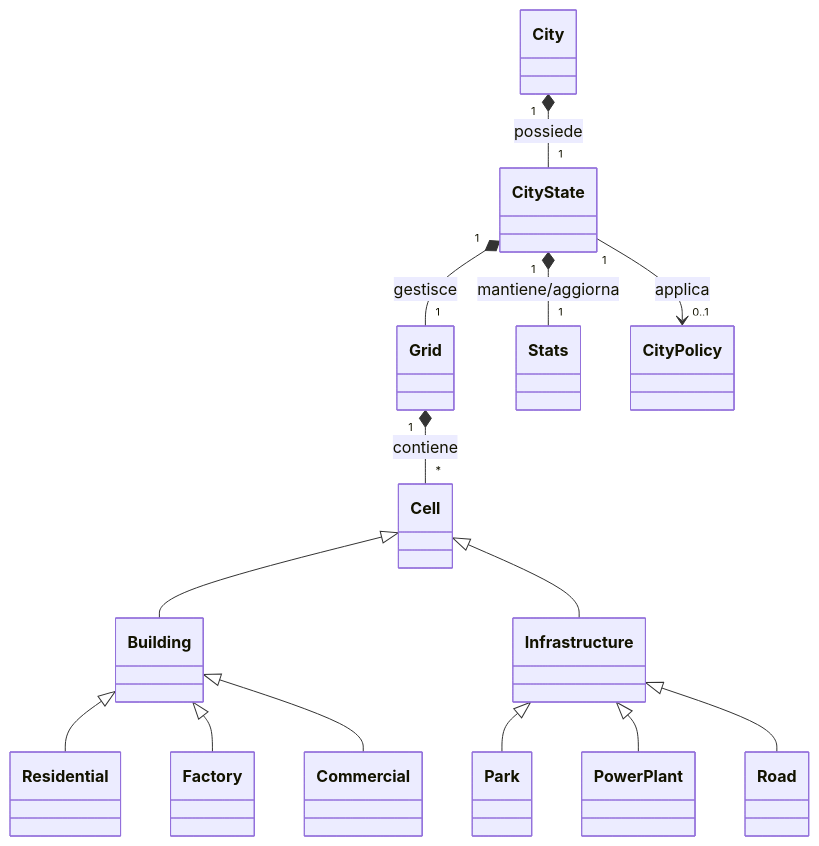
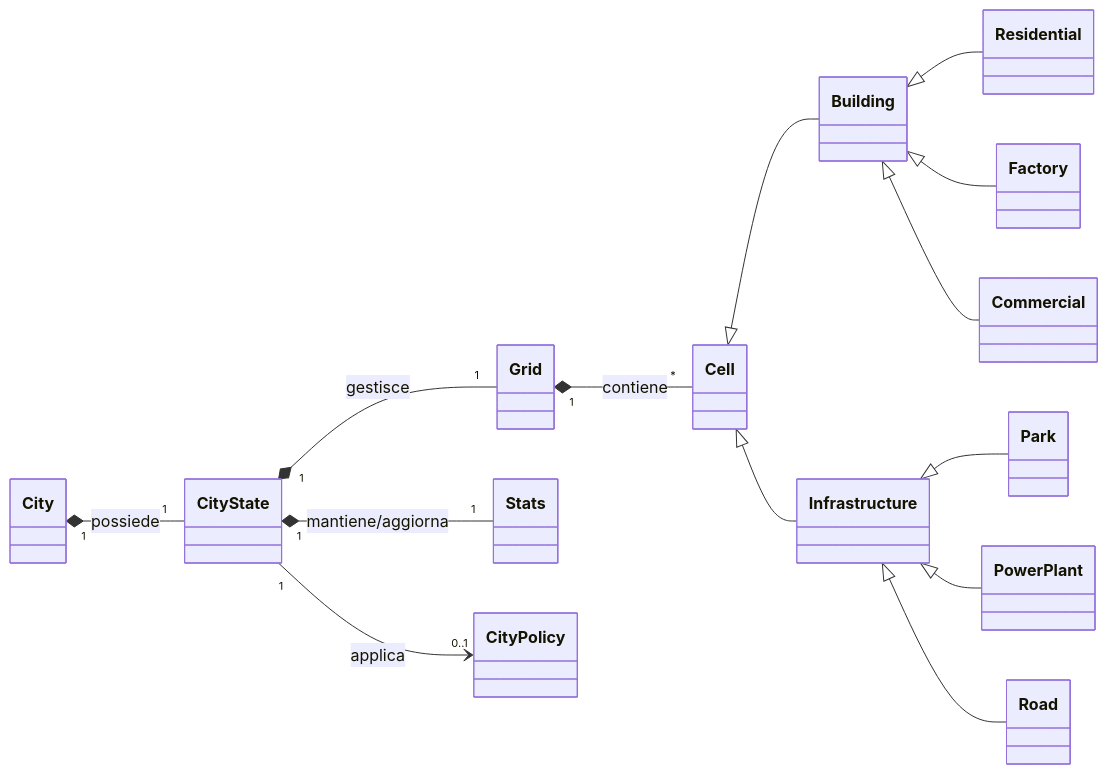
Before and after one commit to andreatoson3-netizen/Amatriciana: the diagram in docs/domain-model-test.md, drawn with Mermaid.

````diff
--- a/docs/domain-model-test.md
+++ b/docs/domain-model-test.md
@@ -1,66 +1,62 @@
 ```mermaid
 classDiagram
+    direction LR
 
     %% =========================
-    %% DOMAIN MODEL
+    %% MAIN DOMAIN ENTITIES
     %% =========================
 
     class City
 
     class CityState
 
     class Grid
 
     class Cell
 
     class Building
 
     class Infrastructure
 
     class Residential
 
     class Factory
 
     class Commercial
 
     class Park
 
     class PowerPlant
 
     class Road
 
     class Stats
 
     class CityPolicy
 
 
     %% =========================
     %% RELATIONSHIPS
     %% =========================
 
     City "1" *-- "1" CityState : possiede
 
     CityState "1" *-- "1" Grid : gestisce
 
+    CityState "1" *-- "1" Stats : mantiene/aggiorna
+
+    CityState "1" --> "0..1" CityPolicy : applica
+
     Grid "1" *-- "*" Cell : contiene
 
     Cell <|-- Building
-
     Cell <|-- Infrastructure
 
     Building <|-- Residential
-
     Building <|-- Factory
-
     Building <|-- Commercial
 
     Infrastructure <|-- Park
-
     Infrastructure <|-- PowerPlant
-
     Infrastructure <|-- Road
-
-    CityState "1" *-- "1" Stats : mantiene/aggiorna
-
-    CityState "1" --> "0..1" CityPolicy : applica
 ```
````
